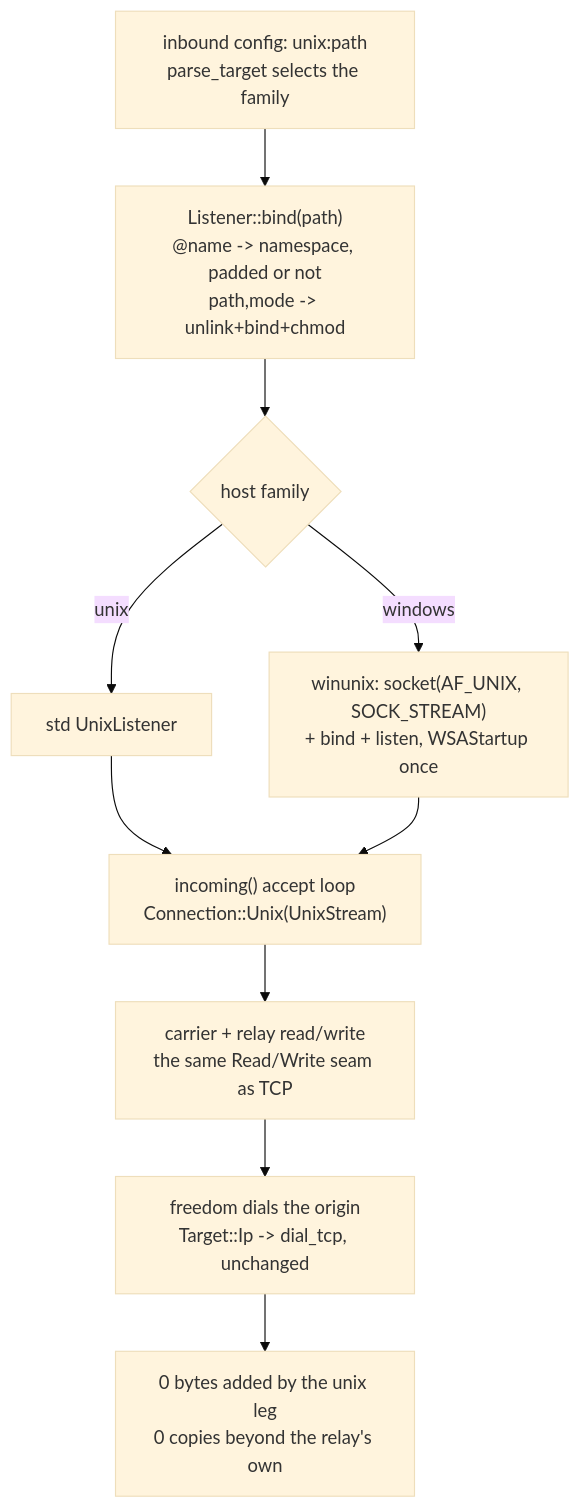
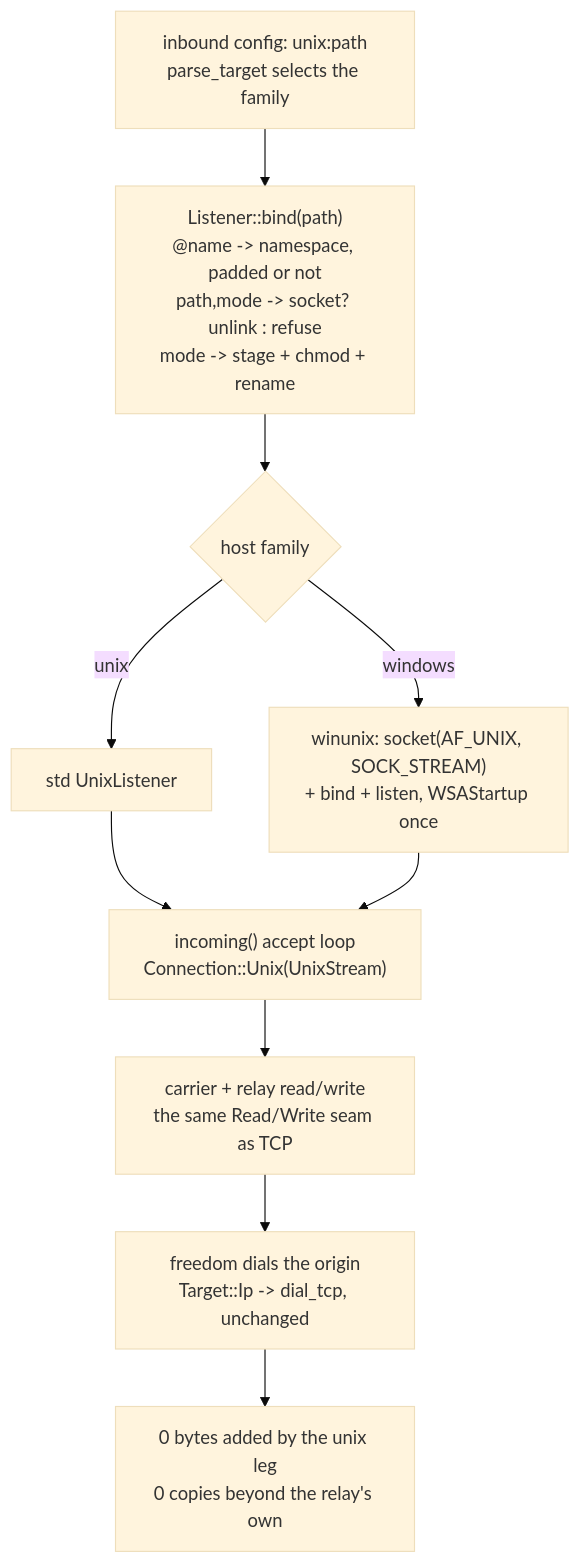
The diagram in docs/function/unix.md (Ferrocite/ferrox), drawn with Mermaid (base theme) before and after one commit. The commit also changed other lines of this file and 2 other files, not shown here.

Commit message:
unix: replace a stale socket and never unlink another file

````diff
--- a/docs/function/unix.md
+++ b/docs/function/unix.md
@@ -15,12 +15,12 @@
 ```mermaid
 graph TD
-    A["inbound config: unix:path<br/>parse_target selects the family"] --> B["Listener::bind(path)<br/>@name -> namespace, padded or not<br/>path,mode -> unlink+bind+chmod"]
+    A["inbound config: unix:path<br/>parse_target selects the family"] --> B["Listener::bind(path)<br/>@name -> namespace, padded or not<br/>path,mode -> socket? unlink : refuse<br/>mode -> stage + chmod + rename"]
     B --> W{"host family"}
     W -->|"unix"| B1["std UnixListener"]
     W -->|"windows"| B2["winunix: socket(AF_UNIX, SOCK_STREAM)<br/>+ bind + listen, WSAStartup once"]
     B1 --> I["incoming() accept loop<br/>Connection::Unix(UnixStream)"]
     B2 --> I
     I --> C["carrier + relay read/write<br/>the same Read/Write seam as TCP"]
     C --> D["freedom dials the origin<br/>Target::Ip -> dial_tcp, unchanged"]
     D --> Z["0 bytes added by the unix leg<br/>0 copies beyond the relay's own"]
 ```
````
